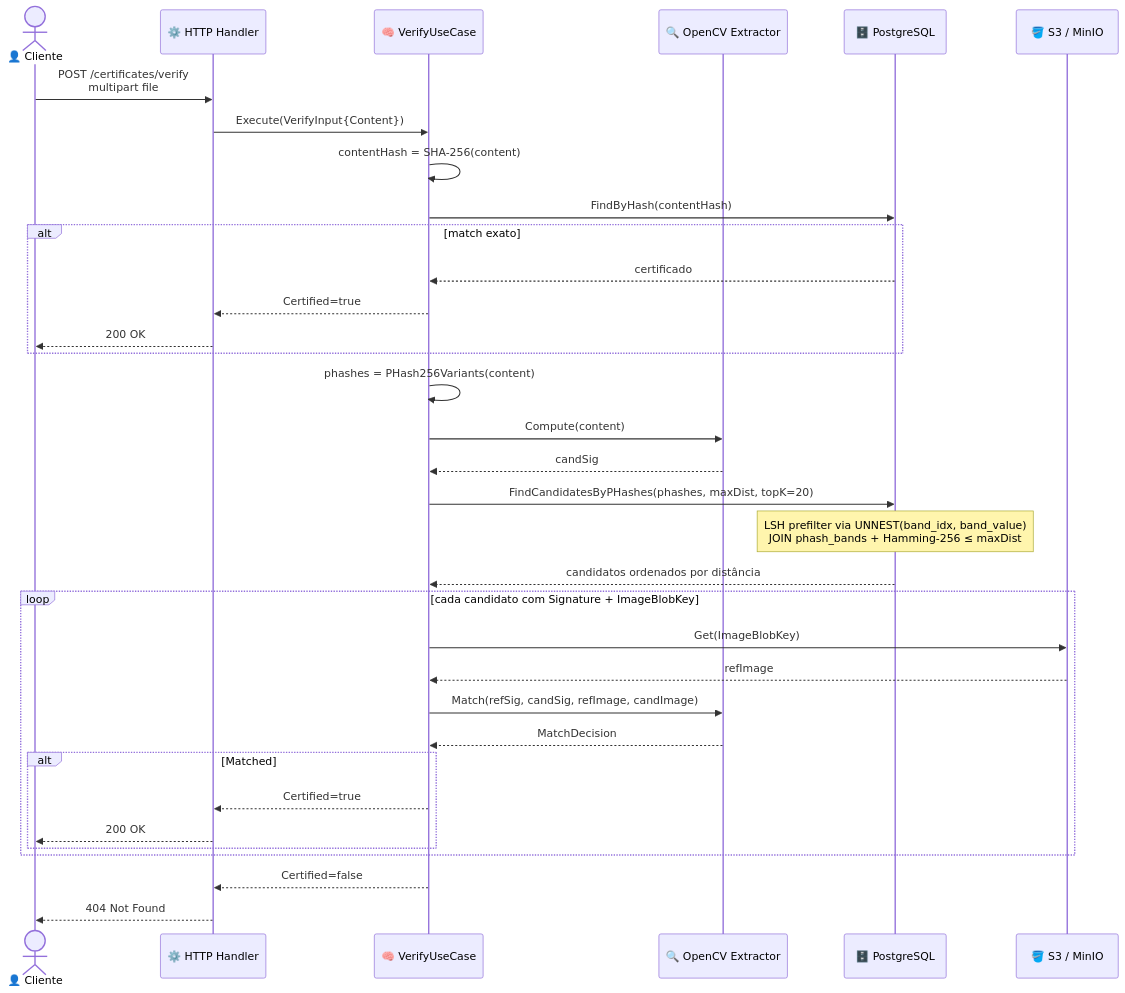
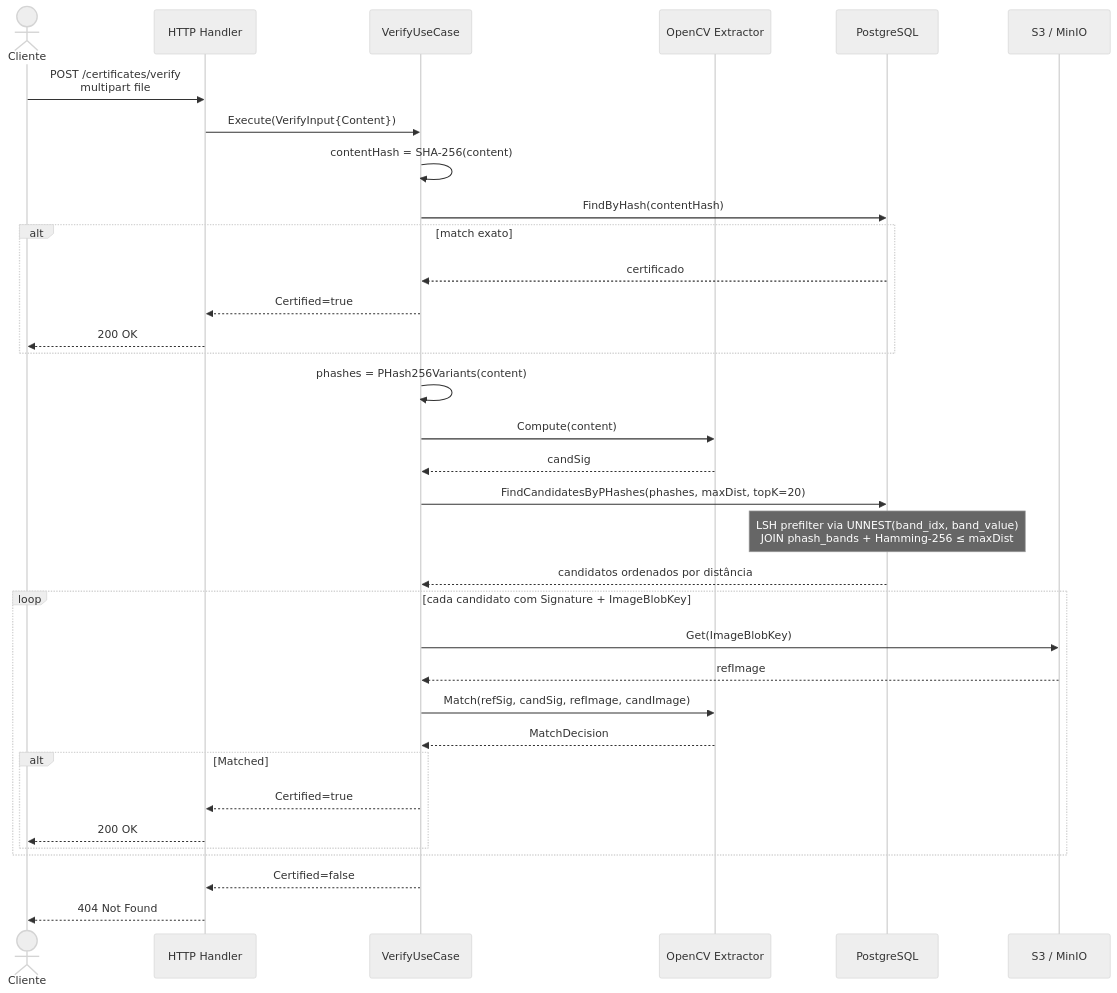
The second of 3 diagrams in docs/SEQUENCE_DIAGRAM.md (waizbart/aletheia-api), drawn with Mermaid before and after one commit. The commit also changed other lines of this file and 3 other files, not shown here.

First line of the commit message:
docs: rewrite README and clean diagrams

````diff
--- a/docs/SEQUENCE_DIAGRAM.md
+++ b/docs/SEQUENCE_DIAGRAM.md
@@ -64,44 +64,44 @@
 ```mermaid
-%%{init: {'theme': 'default'}}%%
+%%{init: {'theme': 'neutral'}}%%
 sequenceDiagram
-    actor U as 👤 Cliente
-    participant API as ⚙️ HTTP Handler
-    participant UC as 🧠 VerifyUseCase
-    participant CV as 🔍 OpenCV Extractor
-    participant DB as 🗄️ PostgreSQL
-    participant S3 as 🪣 S3 / MinIO
+    actor U as Cliente
+    participant API as HTTP Handler
+    participant UC as VerifyUseCase
+    participant CV as OpenCV Extractor
+    participant DB as PostgreSQL
+    participant S3 as S3 / MinIO
 
     U->>API: POST /certificates/verify<br/>multipart file
     API->>UC: Execute(VerifyInput{Content})
 
     UC->>UC: contentHash = SHA-256(content)
     UC->>DB: FindByHash(contentHash)
 
     alt match exato
         DB-->>UC: certificado
         UC-->>API: Certified=true
         API-->>U: 200 OK
     end
 
     UC->>UC: phashes = PHash256Variants(content)
     UC->>CV: Compute(content)
     CV-->>UC: candSig
 
     UC->>DB: FindCandidatesByPHashes(phashes, maxDist, topK=20)
     Note over DB: LSH prefilter via UNNEST(band_idx, band_value)<br/>JOIN phash_bands + Hamming-256 ≤ maxDist
     DB-->>UC: candidatos ordenados por distância
 
     loop cada candidato com Signature + ImageBlobKey
         UC->>S3: Get(ImageBlobKey)
         S3-->>UC: refImage
         UC->>CV: Match(refSig, candSig, refImage, candImage)
         CV-->>UC: MatchDecision
         alt Matched
             UC-->>API: Certified=true
             API-->>U: 200 OK
         end
     end
 
     UC-->>API: Certified=false
     API-->>U: 404 Not Found
 ```
````
